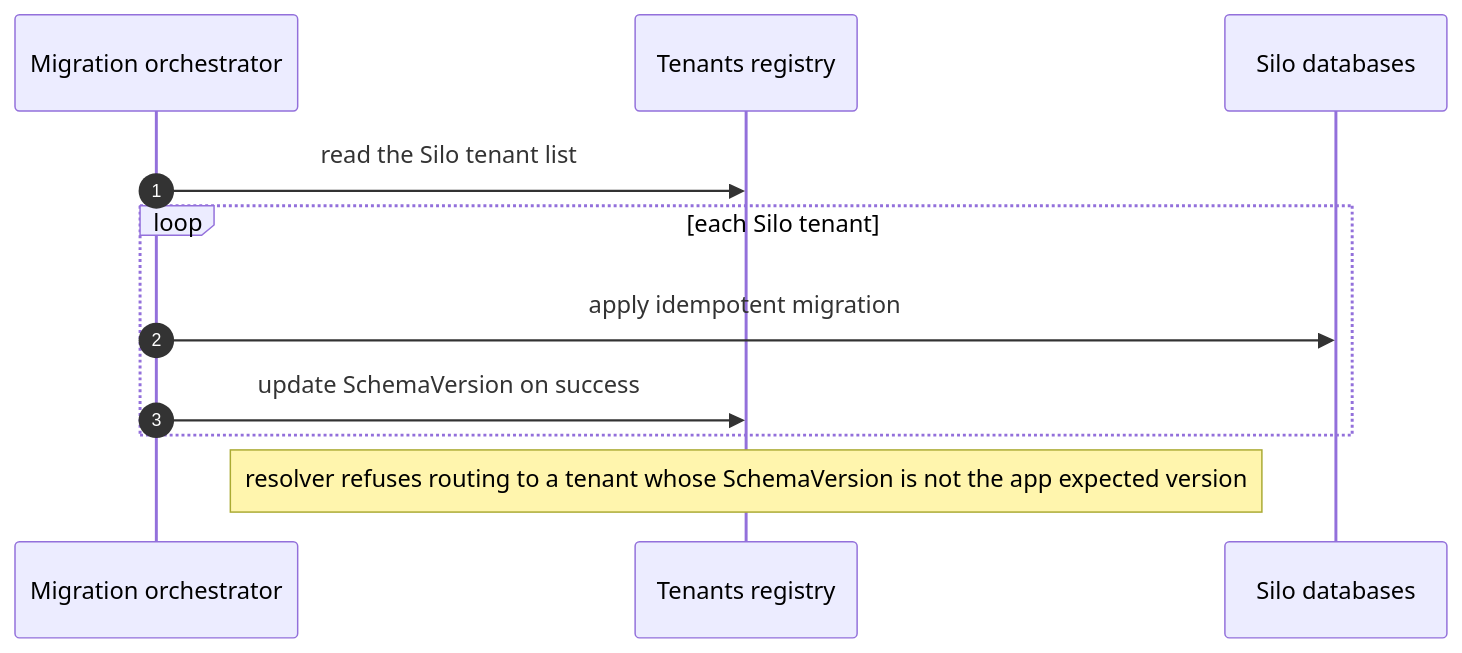
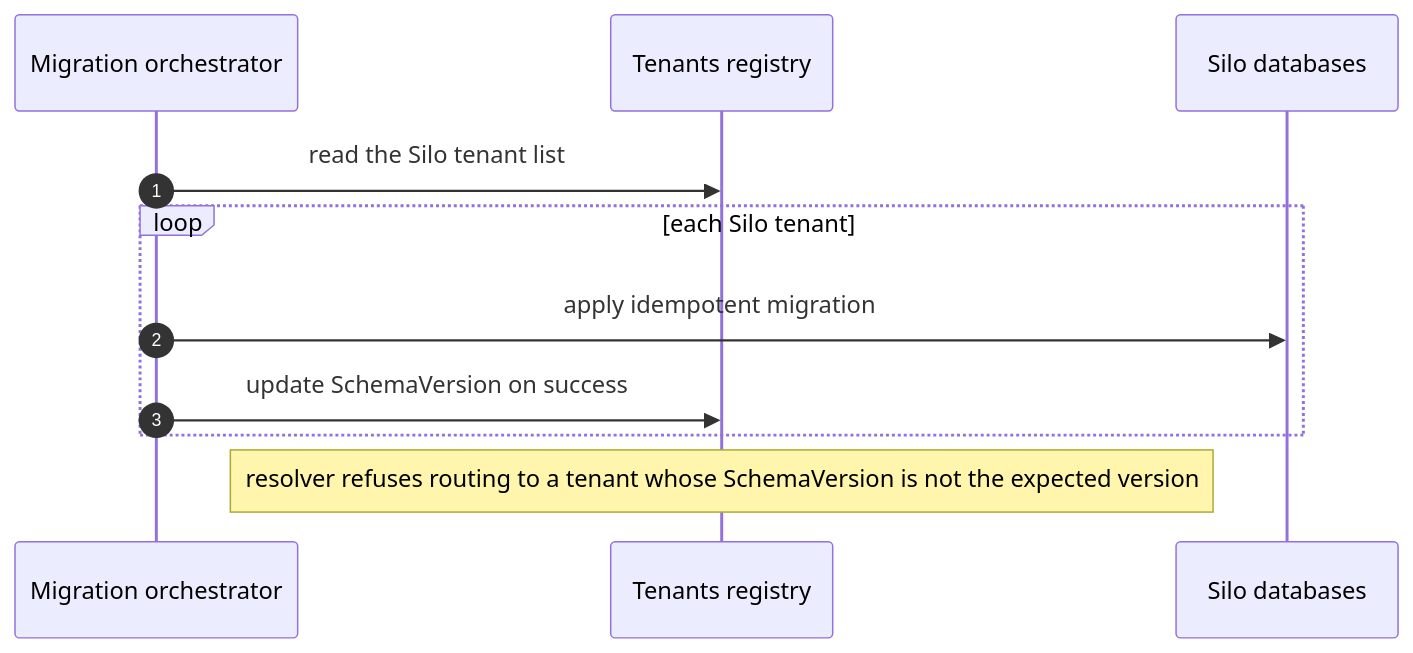
Before and after one commit to namphuongtran/nami: the eighth of 9 diagrams in docs/design/02-data.md, drawn with Mermaid. The commit also changed other lines of this file and 8 other files, not shown here.

````diff
--- a/docs/design/02-data.md
+++ b/docs/design/02-data.md
@@ -481,13 +767,13 @@
 ```mermaid
 sequenceDiagram
   autonumber
   participant Orch as Migration orchestrator
   participant Reg as Tenants registry
   participant DB as Silo databases
   Orch->>Reg: read the Silo tenant list
   loop each Silo tenant
     Orch->>DB: apply idempotent migration
     Orch->>Reg: update SchemaVersion on success
   end
-  Note over Reg: resolver refuses routing to a tenant whose SchemaVersion is not the app expected version
+  Note over Reg: resolver refuses routing to a tenant whose SchemaVersion is not the expected version
 ```
````
